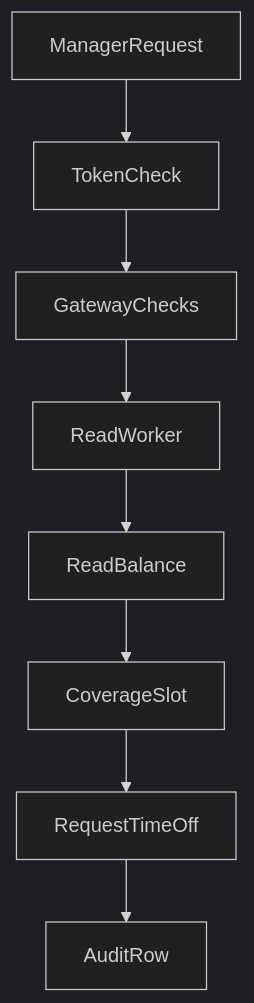
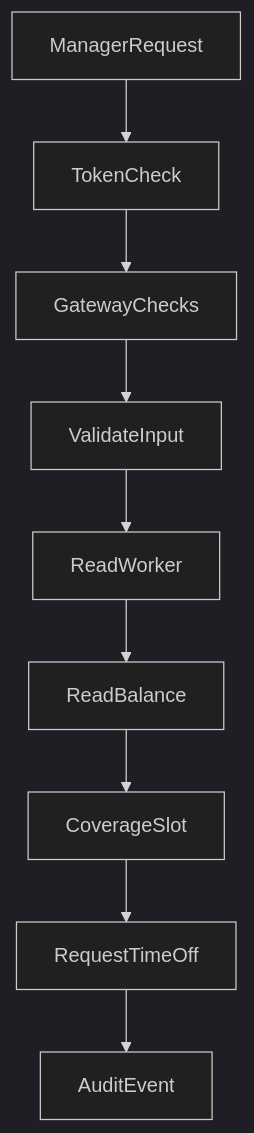
Before and after one commit to JatinF/workday-fde-agent-deployment-lab: the second of 2 diagrams in docs/architecture.md, drawn with Mermaid (dark theme). The commit also changed other lines of this file and 2 other files, not shown here.

Commit message:
Attach the executed field-story diagram to the README.

````diff
--- a/docs/architecture.md
+++ b/docs/architecture.md
@@ -46,10 +48,11 @@
 ```mermaid
 flowchart TD
   requestIn[ManagerRequest] --> tokenCheck[TokenCheck]
   tokenCheck --> listedTool[GatewayChecks]
-  listedTool --> workerRead[ReadWorker]
+  listedTool --> inputCheck[ValidateInput]
+  inputCheck --> workerRead[ReadWorker]
   workerRead --> balanceRead[ReadBalance]
   balanceRead --> coverageSlot[CoverageSlot]
   coverageSlot --> processEvent[RequestTimeOff]
-  processEvent --> auditRow[AuditRow]
+  processEvent --> auditRow[AuditEvent]
 ```
````
